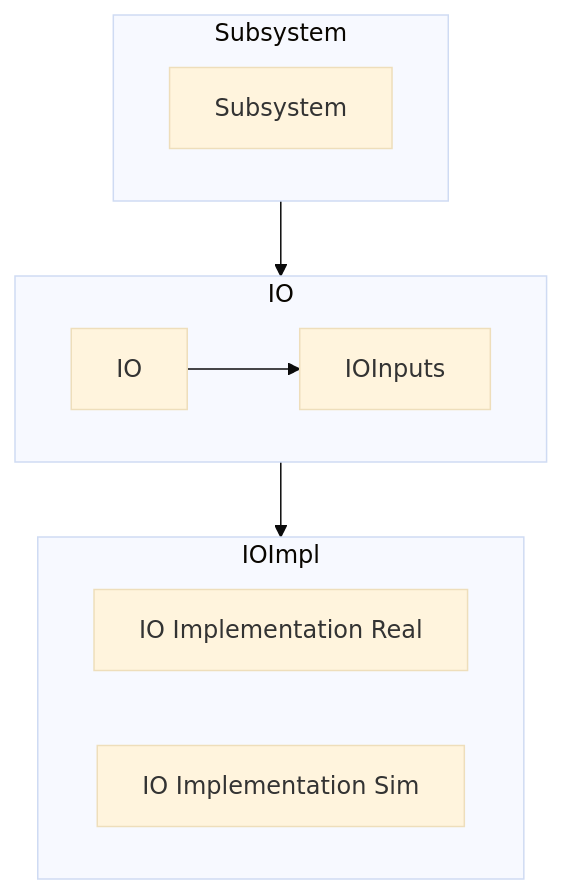
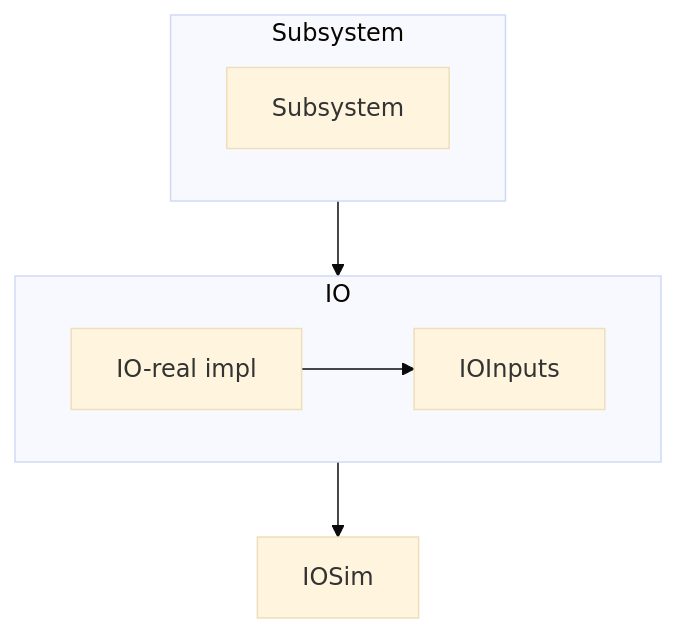
Before and after one commit to HighlanderRobotics/Highlanders-Training: the first of 3 diagrams in Docs/2_Architecture/2.7_AKitStructureReference.md, drawn with Mermaid (base theme). The commit also changed other lines of this file, not shown here.

````diff
--- a/Docs/2_Architecture/2.7_AKitStructureReference.md
+++ b/Docs/2_Architecture/2.7_AKitStructureReference.md
@@ -8,16 +8,12 @@
 ```mermaid
 flowchart TD
     subgraph Subsystem
         A[Subsystem]
     end
     Subsystem-->IO
     subgraph IO
         direction LR
-        B[IO]-->E[IOInputs]
+        B[IO-real impl]-->E[IOInputs]
     end
-    IO-->IOImpl
-    subgraph IOImpl
-        C[IO Implementation Real]
-        D[IO Implementation Sim]
-    end
+    IO-->C[IOSim]
 ```
````
